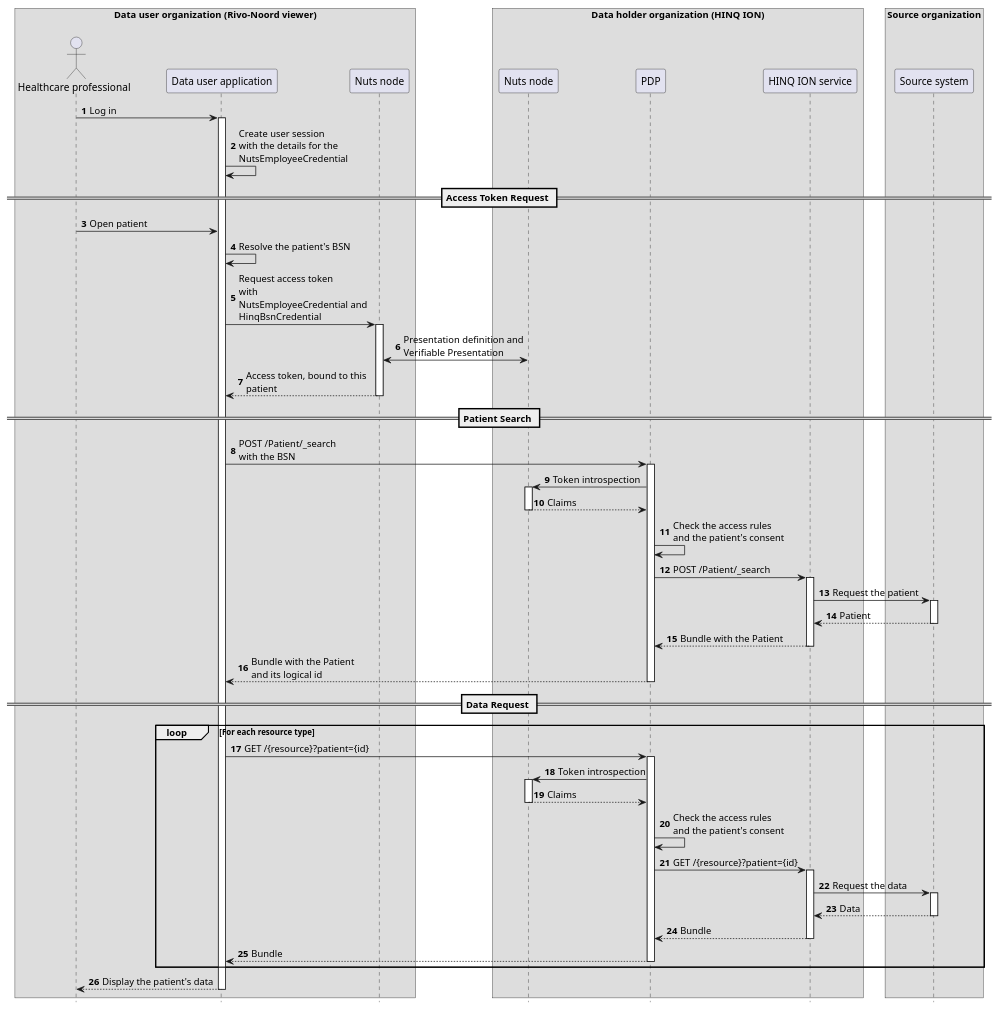
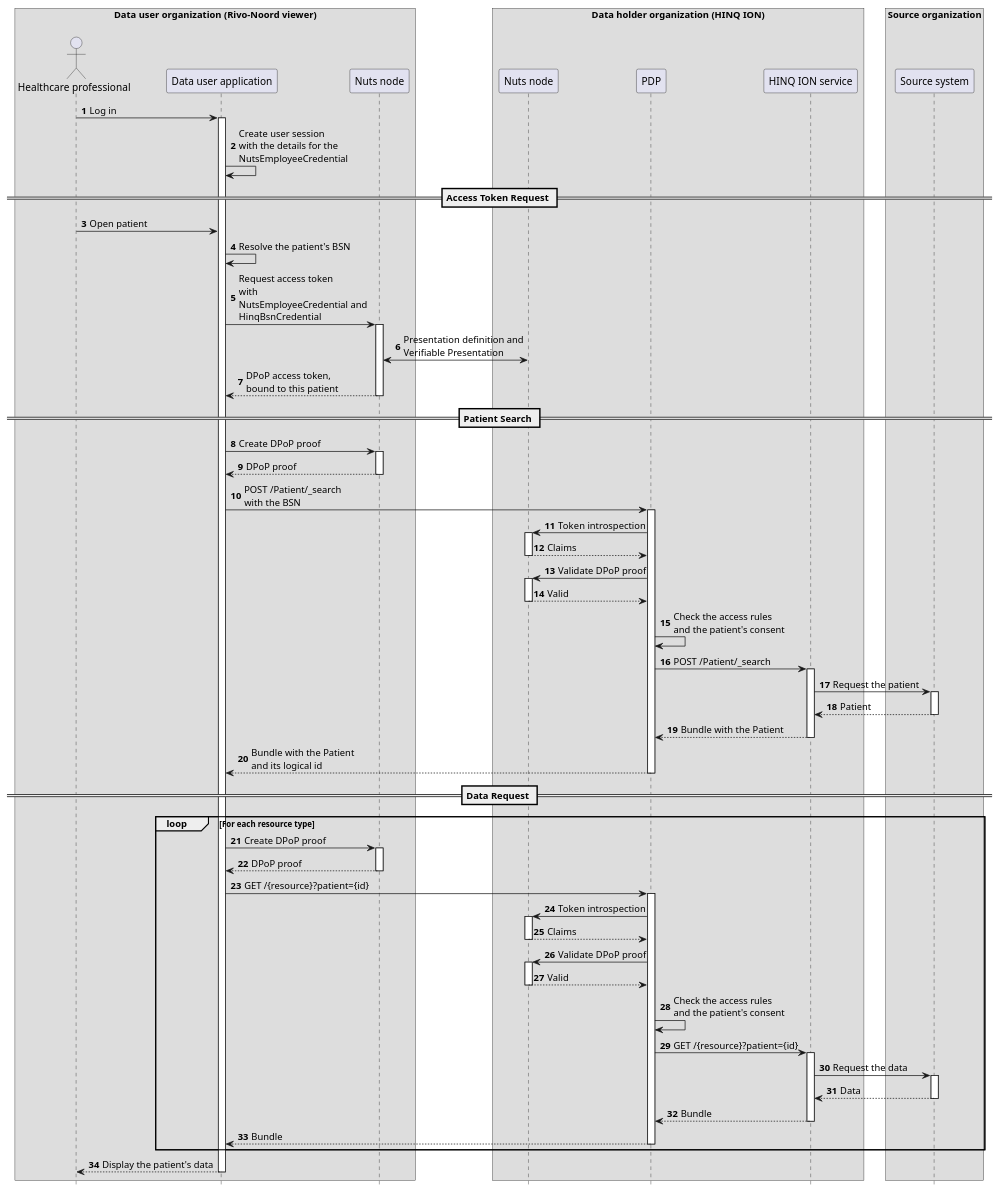
The diagram in input/images-source/sequence-diagram-pull.plantuml (formelio/nl-hinq-ion-inzage-ig), drawn with PlantUML before and after one commit. The commit also changed 4 other files, not shown here.

```diff
--- a/input/images-source/sequence-diagram-pull.plantuml
+++ b/input/images-source/sequence-diagram-pull.plantuml
@@ -1,63 +1,71 @@
 @startuml
 hide footbox
 autonumber
 skinparam BoxPadding 10
 skinparam ParticipantPadding 5
 skinparam maxMessageSize 180
 
 box Data user organization (Rivo-Noord viewer)\n
 actor "Healthcare professional" as User
 participant "Data user application" as App
 participant "Nuts node" as UserNode
 end box
 
 box Data holder organization (HINQ ION)\n
 participant "Nuts node" as HolderNode
 participant "PDP" as PDP
 participant "HINQ ION service" as Ion
 end box
 
 box Source organization\n
 participant "Source system" as Src
 end box
 
 User -> App ++ : Log in
 App -> App : Create user session\nwith the details for the NutsEmployeeCredential
 
 == Access Token Request ==
 
 User -> App : Open patient
 App -> App : Resolve the patient's BSN
 App -> UserNode ++ : Request access token\nwith NutsEmployeeCredential and HinqBsnCredential
 UserNode <-> HolderNode : Presentation definition and\nVerifiable Presentation
-UserNode --> App -- : Access token, bound to this patient
+UserNode --> App -- : DPoP access token,\nbound to this patient
 
 == Patient Search ==
 
+App -> UserNode ++ : Create DPoP proof
+UserNode --> App -- : DPoP proof
 App -> PDP ++ : POST /Patient/_search\nwith the BSN
 PDP -> HolderNode ++ : Token introspection
 HolderNode --> PDP -- : Claims
+PDP -> HolderNode ++ : Validate DPoP proof
+HolderNode --> PDP -- : Valid
 PDP -> PDP : Check the access rules\nand the patient's consent
 PDP -> Ion ++ : POST /Patient/_search
 Ion -> Src ++ : Request the patient
 Src --> Ion -- : Patient
 Ion --> PDP -- : Bundle with the Patient
 PDP --> App -- : Bundle with the Patient\nand its logical id
 
 == Data Request ==
 
 loop For each resource type
+  App -> UserNode ++ : Create DPoP proof
+  UserNode --> App -- : DPoP proof
   App -> PDP ++ : GET /{resource}?patient={id}
   PDP -> HolderNode ++ : Token introspection
   HolderNode --> PDP -- : Claims
+  PDP -> HolderNode ++ : Validate DPoP proof
+  HolderNode --> PDP -- : Valid
   PDP -> PDP : Check the access rules\nand the patient's consent
   PDP -> Ion ++ : GET /{resource}?patient={id}
   Ion -> Src ++ : Request the data
   Src --> Ion -- : Data
   Ion --> PDP -- : Bundle
   PDP --> App -- : Bundle
 end loop
 
 App --> User -- : Display the patient's data
 
 @enduml
```
